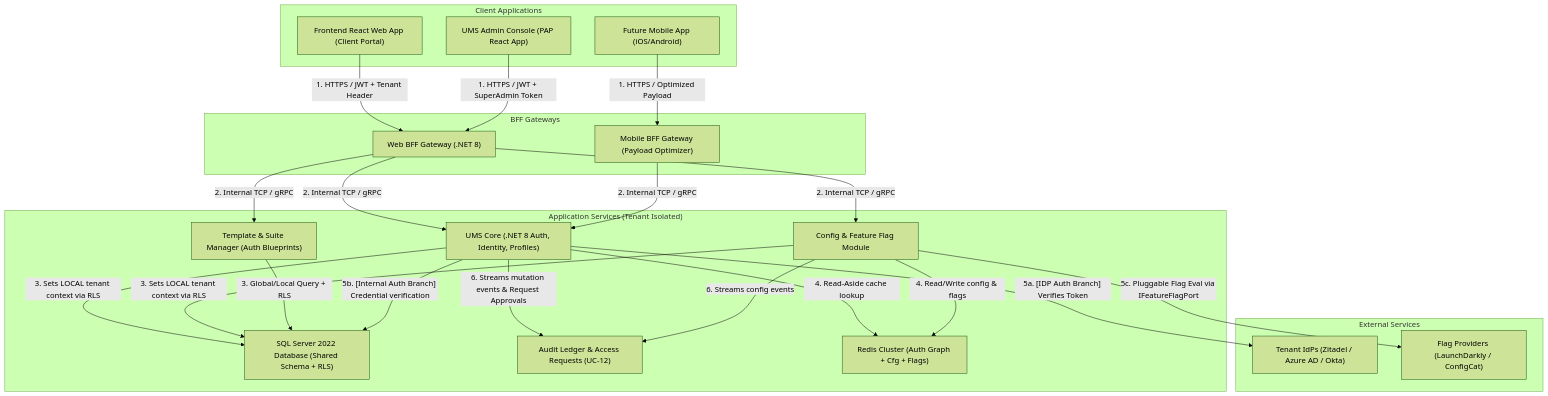
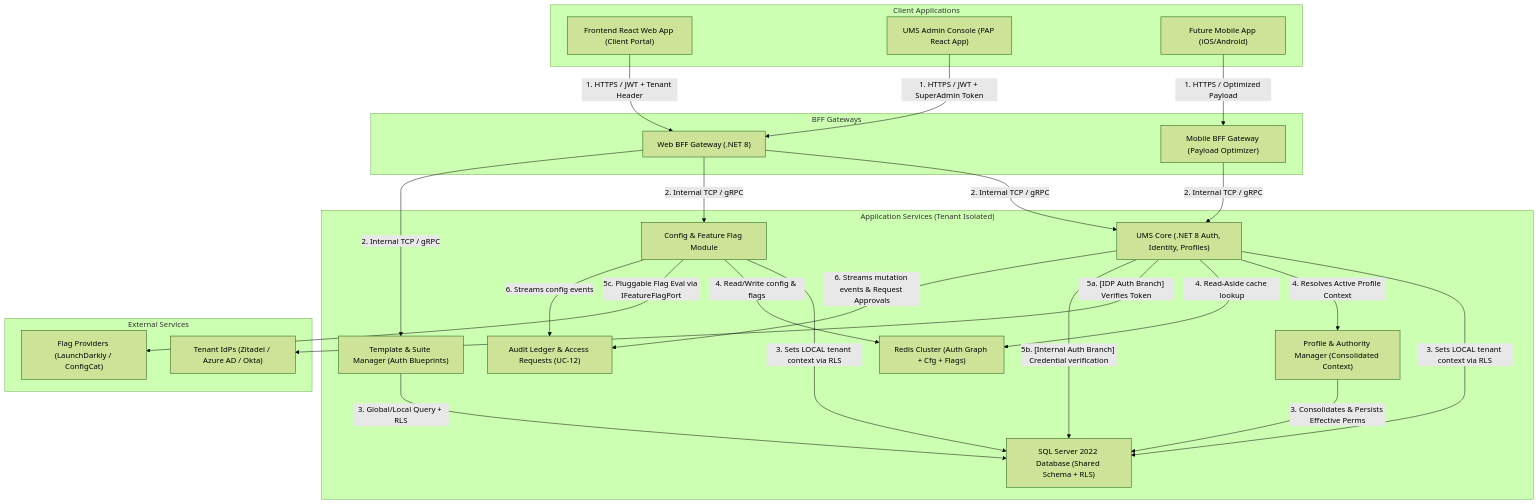
One commit to beyondnetcode/ums changed the second of 8 diagrams in architecture/blueprints/architecture-spec.md. Above: the diagram before and after it, drawn with Mermaid (forest theme). The commit also changed other lines of this file and 5 other files, not shown here.

````diff
--- a/architecture/blueprints/architecture-spec.md
+++ b/architecture/blueprints/architecture-spec.md
@@ -70,47 +70,50 @@
 ```mermaid
 graph TD
     subgraph Clients["Client Applications"]
         ReactApp["Frontend React Web App (Client Portal)"]
         AdminApp["UMS Admin Console (PAP React App)"]
         MobileApp["Future Mobile App (iOS/Android)"]
     end
 
     subgraph Gateways["BFF Gateways"]
         WebBFF["Web BFF Gateway (.NET 8)"]
         MobileBFF["Mobile BFF Gateway (Payload Optimizer)"]
     end
 
     subgraph Server["Application Services (Tenant Isolated)"]
         BackendAPI["UMS Core (.NET 8 Auth, Identity, Profiles)"]
         ConfigAPI["Config & Feature Flag Module"]
         TemplateAPI["Template & Suite Manager (Auth Blueprints)"]
+        ProfileAPI["Profile & Authority Manager (Consolidated Context)"]
         SqlServerDB["SQL Server 2022 Database (Shared Schema + RLS)"]
         AuditDB["Audit Ledger & Access Requests (UC-12)"]
         RedisCache["Redis Cluster (Auth Graph + Cfg + Flags)"]
     end
 
     subgraph ExternalServices["External Services"]
         ExternalIdP["Tenant IdPs (Zitadel / Azure AD / Okta)"]
         ExternalProviders["Flag Providers (LaunchDarkly / ConfigCat)"]
     end
 
     ReactApp -->|"1. HTTPS / JWT + Tenant Header"| WebBFF
     AdminApp -->|"1. HTTPS / JWT + SuperAdmin Token"| WebBFF
     MobileApp -->|"1. HTTPS / Optimized Payload"| MobileBFF
     WebBFF -->|"2. Internal TCP / gRPC"| BackendAPI
     WebBFF -->|"2. Internal TCP / gRPC"| ConfigAPI
     WebBFF -->|"2. Internal TCP / gRPC"| TemplateAPI
     MobileBFF -->|"2. Internal TCP / gRPC"| BackendAPI
     BackendAPI -->|"3. Sets LOCAL tenant context via RLS"| SqlServerDB
     ConfigAPI -->|"3. Sets LOCAL tenant context via RLS"| SqlServerDB
     TemplateAPI -->|"3. Global/Local Query + RLS"| SqlServerDB
+    ProfileAPI -->|"3. Consolidates & Persists Effective Perms"| SqlServerDB
+    BackendAPI -->|"4. Resolves Active Profile Context"| ProfileAPI
     BackendAPI -->|"4. Read-Aside cache lookup"| RedisCache
     ConfigAPI -->|"4. Read/Write config & flags"| RedisCache
     
     BackendAPI -->|"5a. [IDP Auth Branch] Verifies Token"| ExternalIdP
     BackendAPI -->|"5b. [Internal Auth Branch] Credential verification"| SqlServerDB
     
     ConfigAPI -->|"5c. Pluggable Flag Eval via IFeatureFlagPort"| ExternalProviders
     BackendAPI -->|"6. Streams mutation events & Request Approvals"| AuditDB
     ConfigAPI -->|"6. Streams config events"| AuditDB
 ```
````
